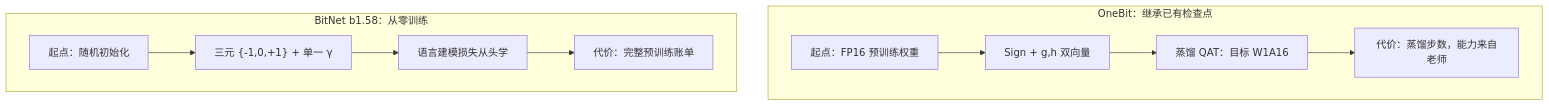
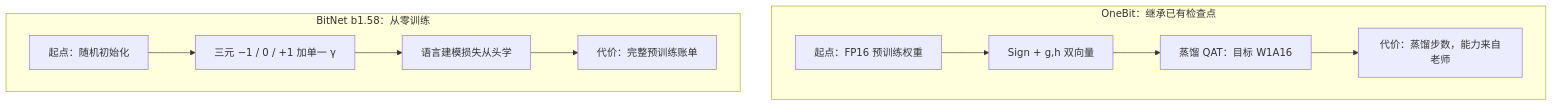
One commit to xhongduo-tech/xhongduo-tech.github.io changed the second of 2 diagrams in docs/llm/onebit-train.md. Above: the diagram before and after it, drawn with Mermaid. The commit also changed 18 other files, not shown here.

Commit message:
Enhance more llm articles with second diagrams and beginner marginnotes.

````diff
--- a/docs/llm/onebit-train.md
+++ b/docs/llm/onebit-train.md
@@ -66,13 +66,13 @@
 ```mermaid
 flowchart TD
   subgraph OB["OneBit：继承已有检查点"]
     O1["起点：FP16 预训练权重"] --> O2["Sign + g,h 双向量"]
     O2 --> O3["蒸馏 QAT：目标 W1A16"]
     O3 --> O4["代价：蒸馏步数，能力来自老师"]
   end
   subgraph BN["BitNet b1.58：从零训练"]
-    B1["起点：随机初始化"] --> B2["三元 {-1,0,+1} + 单一 γ"]
+    B1["起点：随机初始化"] --> B2["三元 −1 / 0 / +1 加单一 γ"]
     B2 --> B3["语言建模损失从头学"]
     B3 --> B4["代价：完整预训练账单"]
   end
 ```
````
